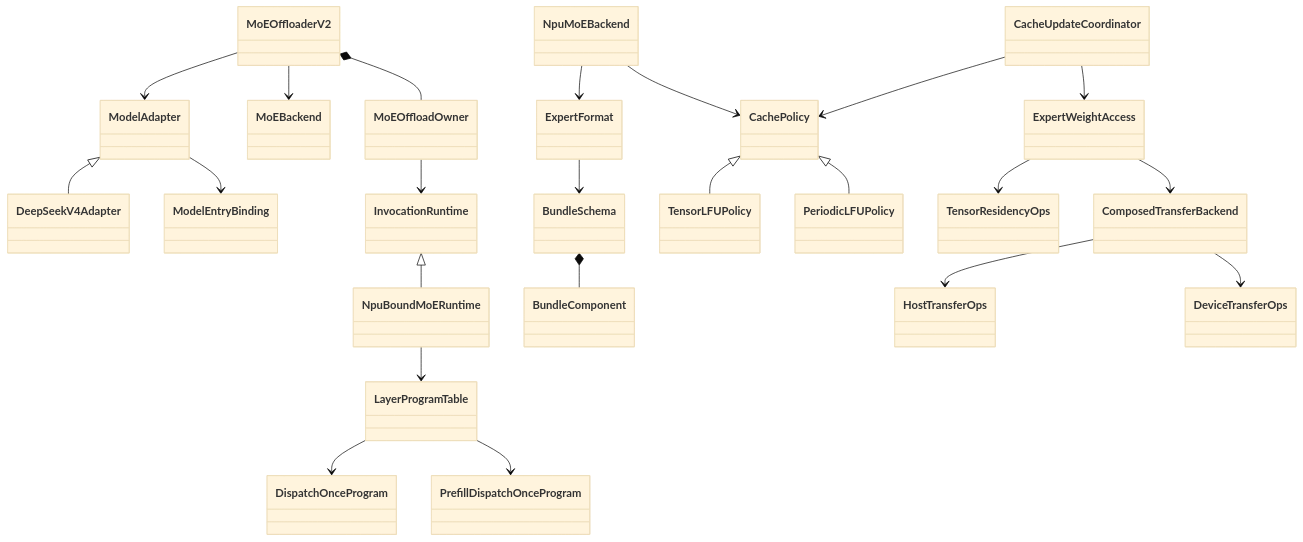
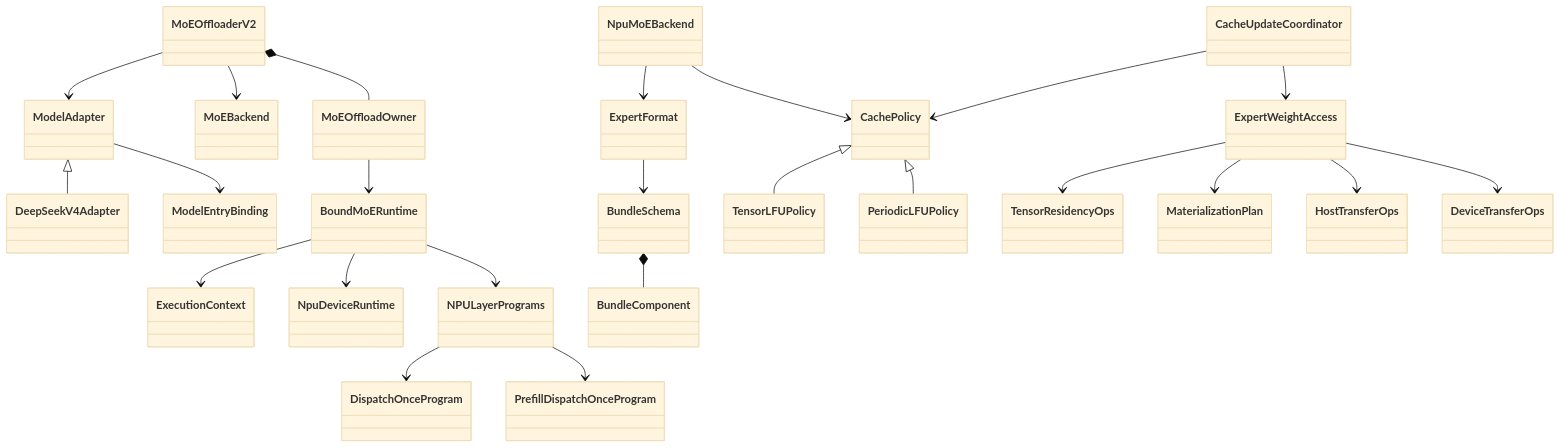
One commit to fishAndShrimp/sglang changed the diagram in python/sglang/srt/offloading/moe/doc/README.zh-CN.md. Above: the diagram before and after it, drawn with Mermaid (base theme). The commit also changed other lines of this file and 54 other files, not shown here.

````diff
--- a/python/sglang/srt/offloading/moe/doc/README.zh-CN.md
+++ b/python/sglang/srt/offloading/moe/doc/README.zh-CN.md
@@ -31,25 +31,26 @@
 ```mermaid
 classDiagram
     MoEOffloaderV2 --> ModelAdapter
     ModelAdapter <|-- DeepSeekV4Adapter
     ModelAdapter --> ModelEntryBinding
     MoEOffloaderV2 --> MoEBackend
     MoEOffloaderV2 *-- MoEOffloadOwner
-    MoEOffloadOwner --> InvocationRuntime
-    InvocationRuntime <|-- NpuBoundMoERuntime
-    NpuBoundMoERuntime --> LayerProgramTable
-    LayerProgramTable --> DispatchOnceProgram
-    LayerProgramTable --> PrefillDispatchOnceProgram
+    MoEOffloadOwner --> BoundMoERuntime
+    BoundMoERuntime --> ExecutionContext
+    BoundMoERuntime --> NpuDeviceRuntime
+    BoundMoERuntime --> NPULayerPrograms
+    NPULayerPrograms --> DispatchOnceProgram
+    NPULayerPrograms --> PrefillDispatchOnceProgram
     NpuMoEBackend --> ExpertFormat
     ExpertFormat --> BundleSchema
     BundleSchema *-- BundleComponent
     NpuMoEBackend --> CachePolicy
     CachePolicy <|-- TensorLFUPolicy
     CachePolicy <|-- PeriodicLFUPolicy
     CacheUpdateCoordinator --> CachePolicy
     CacheUpdateCoordinator --> ExpertWeightAccess
     ExpertWeightAccess --> TensorResidencyOps
-    ExpertWeightAccess --> ComposedTransferBackend
-    ComposedTransferBackend --> HostTransferOps
-    ComposedTransferBackend --> DeviceTransferOps
+    ExpertWeightAccess --> MaterializationPlan
+    ExpertWeightAccess --> HostTransferOps
+    ExpertWeightAccess --> DeviceTransferOps
 ```
````
